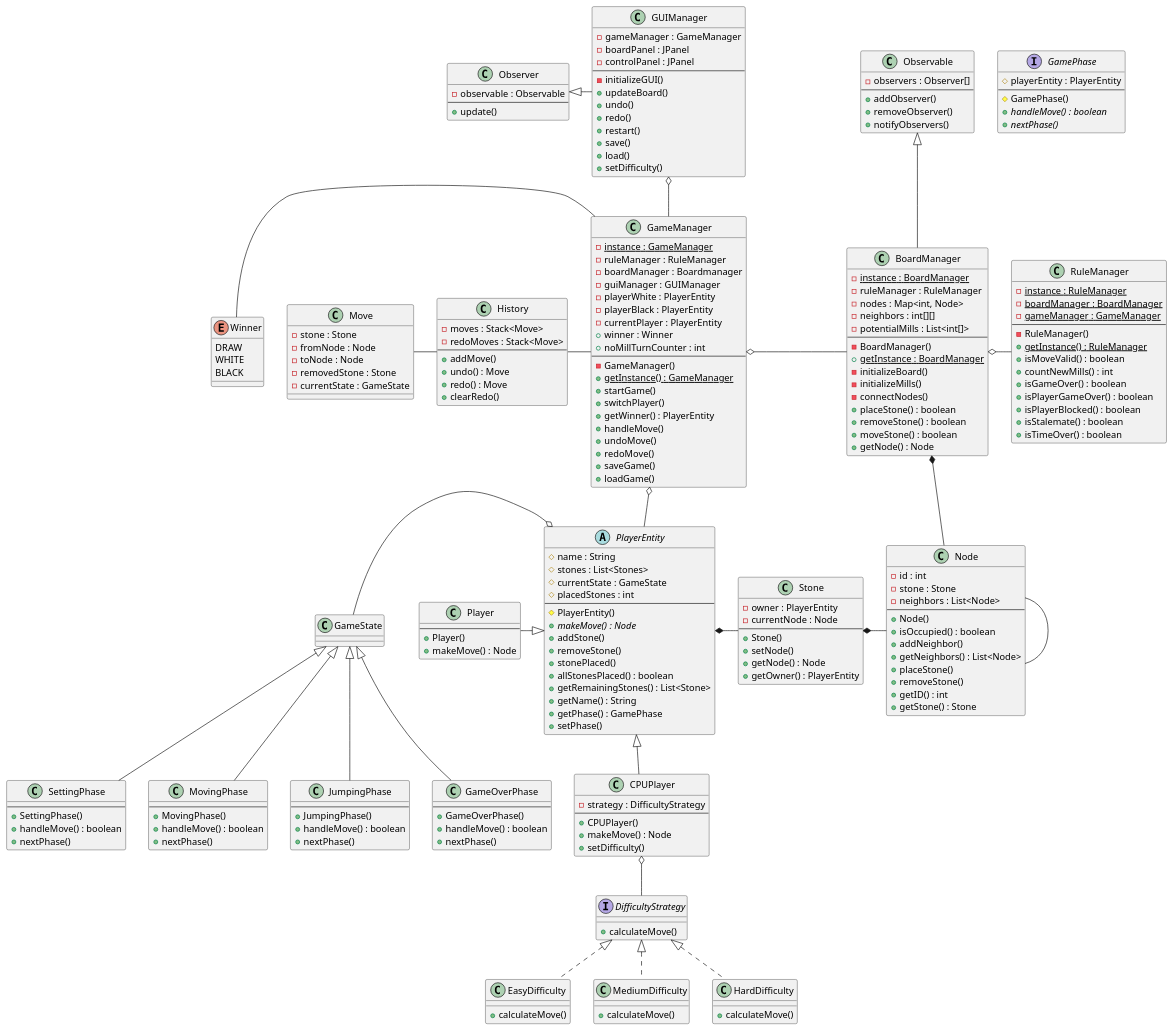
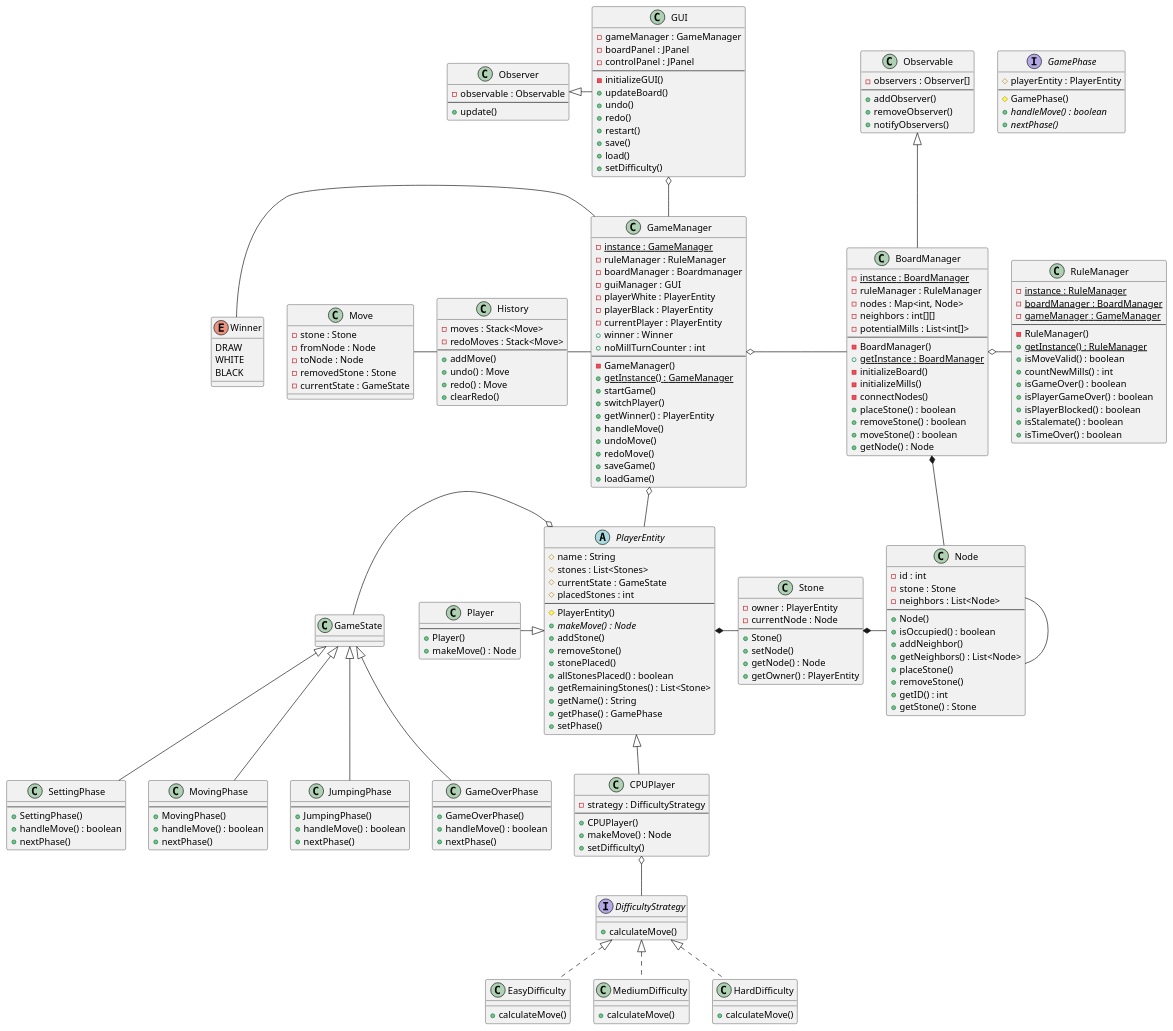
One commit to RyanMikus/muehlespiel_java_fs25 changed the diagram in Diagrams/ClassdiagramV2.puml. Above: the diagram before and after it, drawn with PlantUML.

Commit message:
renamed GUIManager to GUI

```diff
--- a/Diagrams/ClassdiagramV2.puml
+++ b/Diagrams/ClassdiagramV2.puml
@@ -4,7 +4,7 @@
 - {static} instance : GameManager
 - ruleManager : RuleManager
 - boardManager : Boardmanager
-- guiManager : GUIManager
+- guiManager : GUI
 - playerWhite : PlayerEntity
 - playerBlack : PlayerEntity
 - currentPlayer : PlayerEntity
@@ -63,7 +63,7 @@
 + getNode() : Node
 }
 
-class GUIManager{
+class GUI{
 - gameManager : GameManager
 - boardPanel : JPanel
 - controlPanel : JPanel
@@ -220,7 +220,7 @@
 }
 
 BoardManager o- RuleManager
-GUIManager o-- GameManager
+GUI o-- GameManager
 GameManager o- BoardManager
 Winner - GameManager
 History - GameManager
@@ -248,6 +248,6 @@
 
 Move - History
 
-Observer <|- GUIManager
+Observer <|- GUI
 
 @enduml
```
